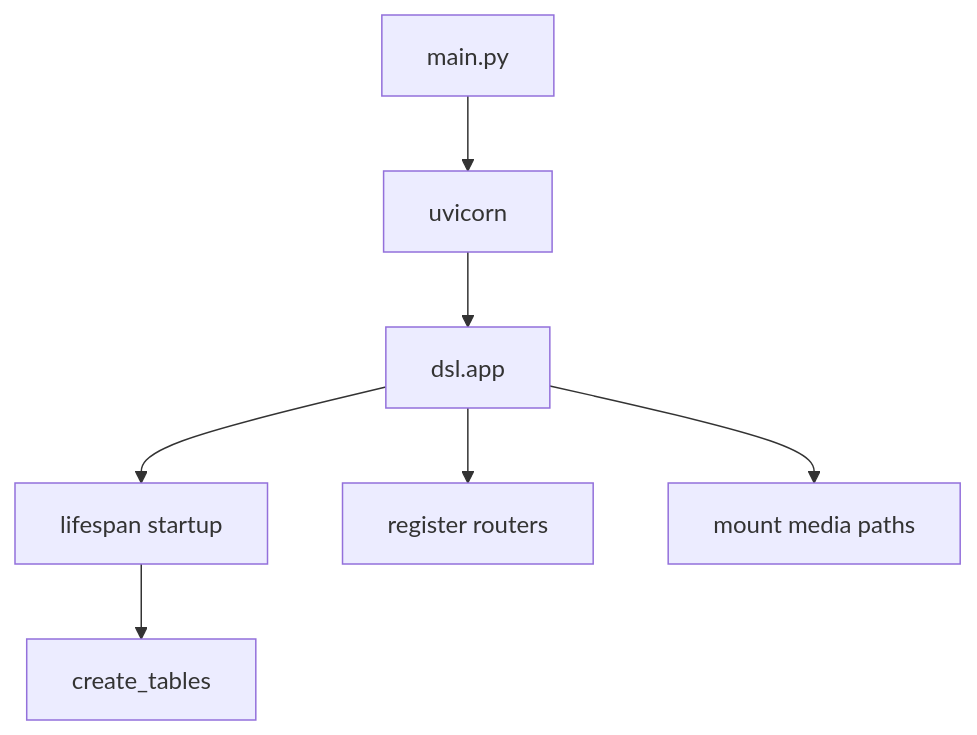
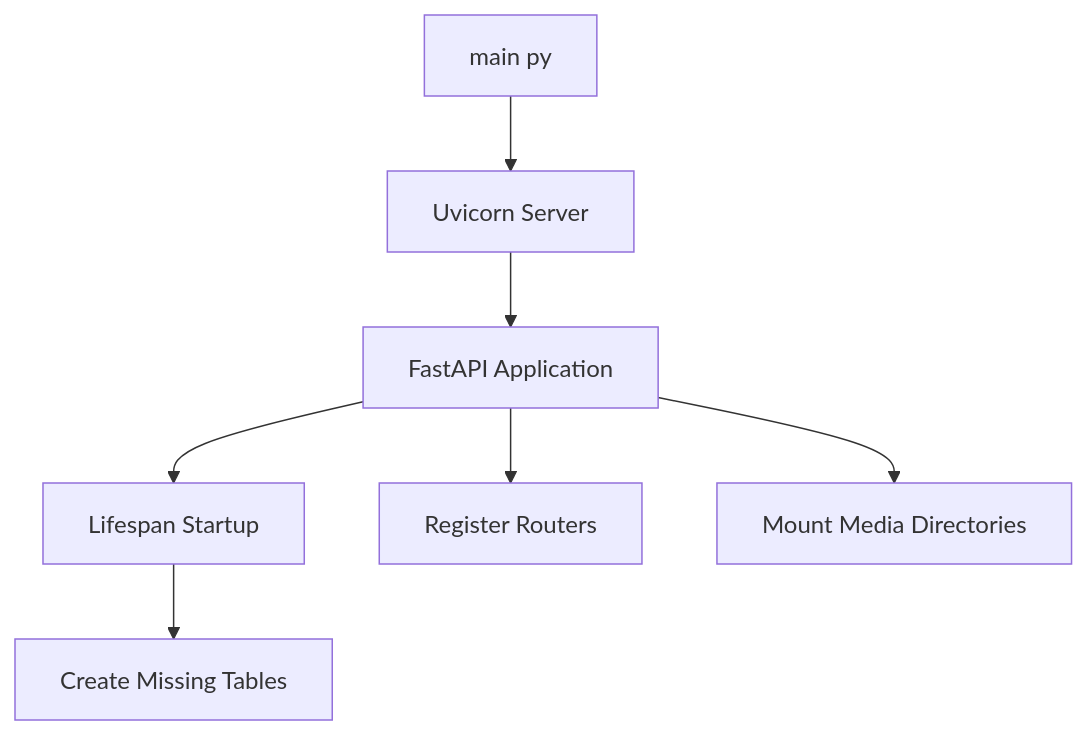
Before and after one commit to zata-zhangtao/koda: the second of 3 diagrams in docs/architecture/system-design.md, drawn with Mermaid. The commit also changed other lines of this file and 20 other files, not shown here.

````diff
--- a/docs/architecture/system-design.md
+++ b/docs/architecture/system-design.md
@@ -65,9 +72,9 @@
 ```mermaid
 flowchart TD
-    MAIN[main.py] --> UVICORN[uvicorn]
-    UVICORN --> APP[dsl.app]
-    APP --> LIFE[lifespan startup]
-    LIFE --> TABLES[create_tables]
-    APP --> ROUTERS[register routers]
-    APP --> STATIC[mount media paths]
+    MAIN[main py] --> UVICORN[Uvicorn Server]
+    UVICORN --> APP[FastAPI Application]
+    APP --> LIFE[Lifespan Startup]
+    LIFE --> TABLES[Create Missing Tables]
+    APP --> ROUTES[Register Routers]
+    APP --> STATIC[Mount Media Directories]
 ```
````
